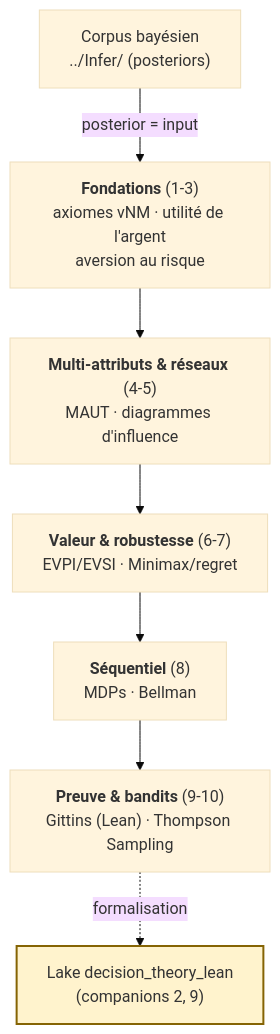
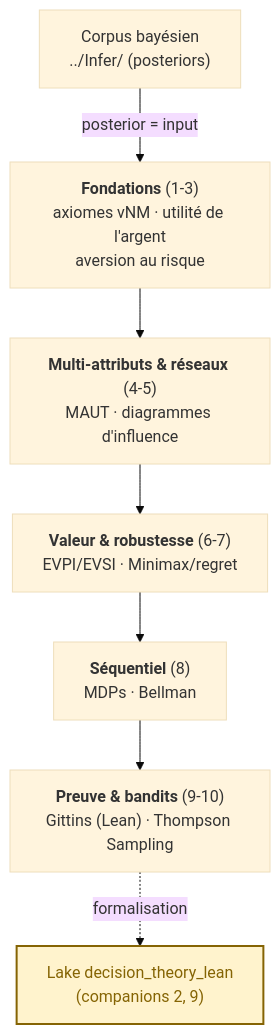
One commit to jsboige/CoursIA changed the diagram in MyIA.AI.Notebooks/Probas/DecisionTheory/DecInfer/README.md. Above: the diagram before and after it, drawn with Mermaid (base theme). The commit also changed 4 other files, not shown here.

First line of the commit message:
fix(docs,#15516): sweep mermaid fill-sans-color — famille Probas (5 READMEs, 5 règles)

````diff
--- a/MyIA.AI.Notebooks/Probas/DecisionTheory/DecInfer/README.md
+++ b/MyIA.AI.Notebooks/Probas/DecisionTheory/DecInfer/README.md
@@ -34,15 +34,16 @@
 ```mermaid
 flowchart TD
     A["<b>Fondations</b> (1-3)<br/>axiomes vNM · utilité de l'argent<br/>aversion au risque"]
     B["<b>Multi-attributs & réseaux</b> (4-5)<br/>MAUT · diagrammes d'influence"]
     C["<b>Valeur & robustesse</b> (6-7)<br/>EVPI/EVSI · Minimax/regret"]
     D["<b>Séquentiel</b> (8)<br/>MDPs · Bellman"]
     E["<b>Preuve & bandits</b> (9-10)<br/>Gittins (Lean) · Thompson Sampling"]
     BAY["Corpus bayésien<br/>../Infer/ (posteriors)"]
     LAKE["Lake decision_theory_lean<br/>(companions 2, 9)"]
     BAY -->|"posterior = input"| A
     A --> B --> C --> D --> E
     E -.->|"formalisation"| LAKE
-    classDef lean fill:#fff3cd,stroke:#856404,stroke-width:2px;
+    %% color: explicite -- sans lui, libelle clair sur fond clair en mode sombre GitHub (#15022) ; ne pas harmoniser le ton avec le stroke (libelle sinon illisible)
+    classDef lean fill:#fff3cd,stroke:#856404,stroke-width:2px,color:#856404;
     class LAKE lean;
 ```
````
